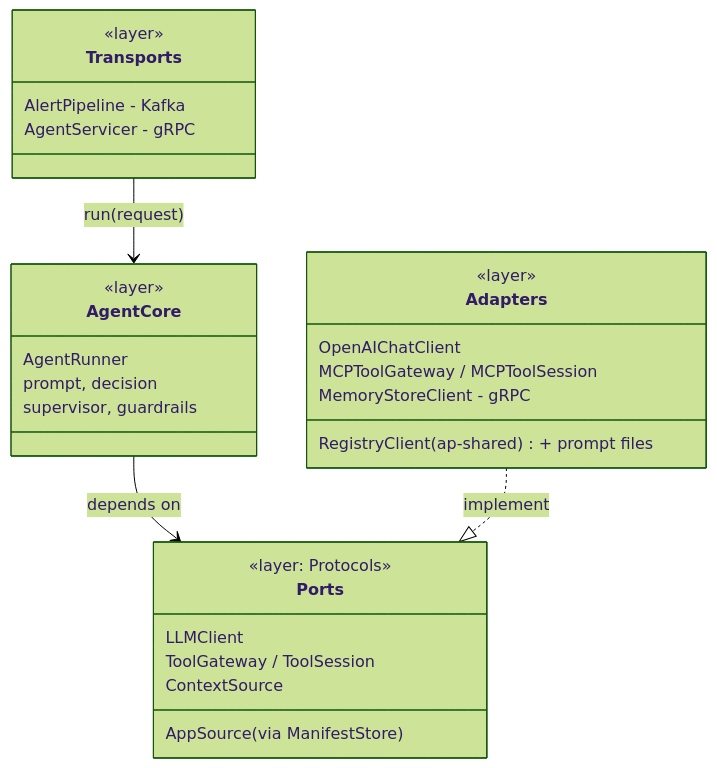
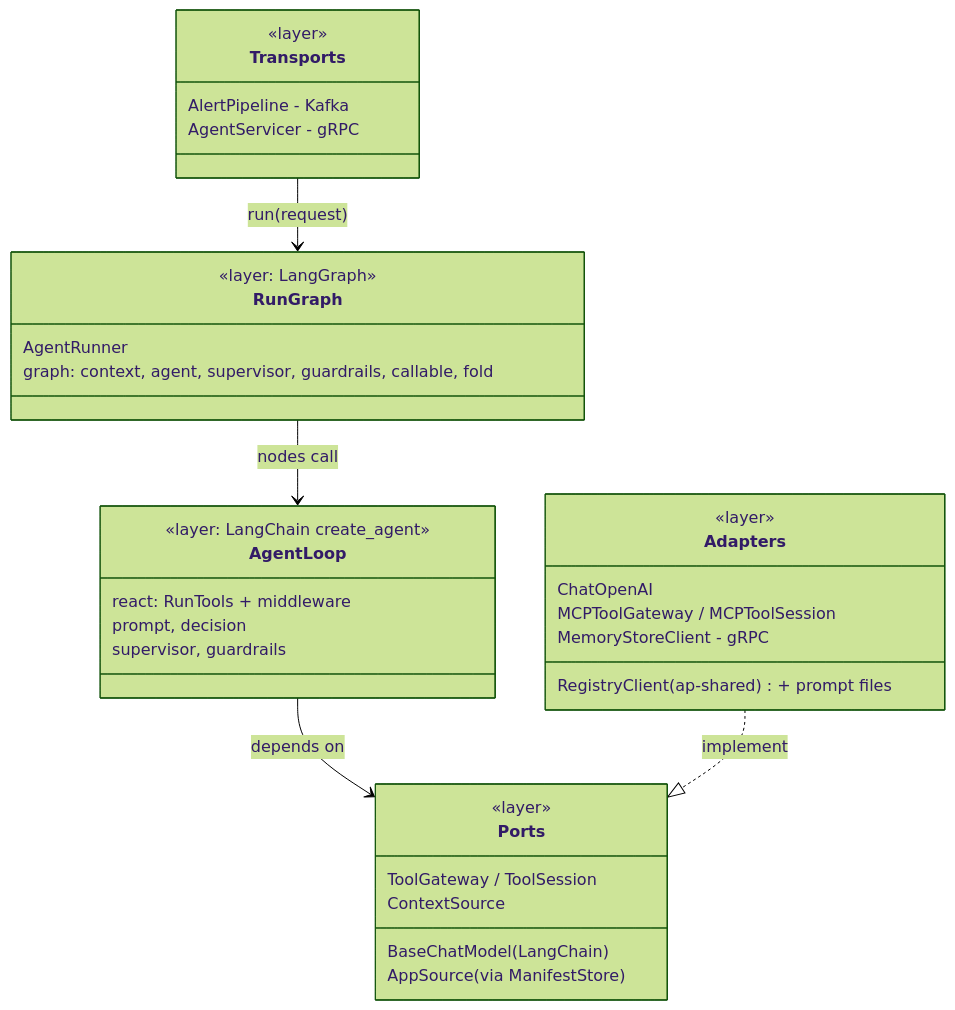
Before and after one commit to SrikanthArgp/agentic-platform: the first of 3 diagrams in backend/services/orchestrator/CLASS_DIAGRAM.md, drawn with Mermaid (forest theme). The commit also changed other lines of this file and 19 other files, not shown here.

````diff
--- a/backend/services/orchestrator/CLASS_DIAGRAM.md
+++ b/backend/services/orchestrator/CLASS_DIAGRAM.md
@@ -18,32 +23,38 @@
 ```mermaid
 classDiagram
     direction TB
     class Transports {
         <<layer>>
         AlertPipeline - Kafka
         AgentServicer - gRPC
     }
-    class AgentCore {
-        <<layer>>
+    class RunGraph {
+        <<layer: LangGraph>>
         AgentRunner
+        graph: context, agent, supervisor, guardrails, callable, fold
+    }
+    class AgentLoop {
+        <<layer: LangChain create_agent>>
+        react: RunTools + middleware
         prompt, decision
         supervisor, guardrails
     }
     class Ports {
-        <<layer: Protocols>>
-        LLMClient
+        <<layer>>
+        BaseChatModel (LangChain)
         ToolGateway / ToolSession
         ContextSource
         AppSource (via ManifestStore)
     }
     class Adapters {
         <<layer>>
-        OpenAIChatClient
+        ChatOpenAI
         MCPToolGateway / MCPToolSession
         MemoryStoreClient - gRPC
         RegistryClient (ap-shared) + prompt files
     }
-    Transports --> AgentCore : run(request)
-    AgentCore --> Ports : depends on
+    Transports --> RunGraph : run(request)
+    RunGraph --> AgentLoop : nodes call
+    AgentLoop --> Ports : depends on
     Adapters ..|> Ports : implement
 ```
````
